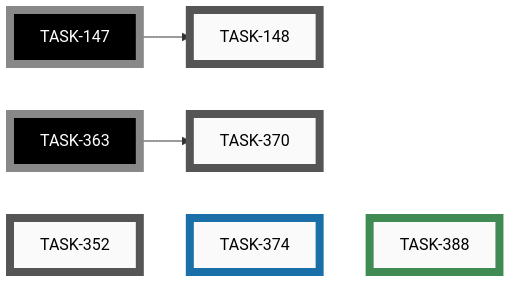
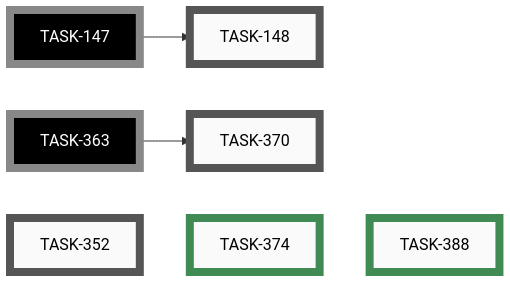
Diagram 11 of 11 in docs/developers/tasks/EPICS.md (tgd1975/AwesomeGuitarPedal), drawn with Mermaid before and after one commit. The commit also changed other lines of this file and 3 other files, not shown here.

First line of the commit message:
close TASK-374: Make release.yml tolerate locally-archived closed tasks

````diff
--- a/docs/developers/tasks/EPICS.md
+++ b/docs/developers/tasks/EPICS.md
@@ -416,26 +416,26 @@
 ```mermaid
 graph LR
     TASK_148["TASK-148"]:::open
     TASK_352["TASK-352"]:::open
     TASK_370["TASK-370"]:::open
-    TASK_374["TASK-374"]:::active
+    TASK_374["TASK-374"]:::closed
     TASK_388["TASK-388"]:::closed
     TASK_147["TASK-147"]:::openExt
     TASK_363["TASK-363"]:::openExt
     TASK_147 --> TASK_148
     TASK_363 --> TASK_370
     TASK_352 ~~~ TASK_374 ~~~ TASK_388
     click TASK_148 "open/task-148-reorganise-developer-documentation.md"
     click TASK_352 "open/task-352-investigate-pre-commit-hook-latency.md"
     click TASK_370 "open/task-370-make-schemdraw-svgs-deterministic.md"
-    click TASK_374 "active/task-374-make-release-yml-tolerate-locally-archived-closed-tasks.md"
+    click TASK_374 "closed/task-374-make-release-yml-tolerate-locally-archived-closed-tasks.md"
     click TASK_388 "closed/task-388-fix-nodemcu-32s-test-pio-env-so-on-device-button-tests-build.md"
     classDef open    fill:#FAFAFA,stroke:#555,stroke-width:8px,color:#000
     classDef active  fill:#FAFAFA,stroke:#1A6FA8,stroke-width:8px,color:#000
     classDef closed  fill:#FAFAFA,stroke:#3F8B53,stroke-width:8px,color:#000
     classDef paused  fill:#FAFAFA,stroke:#B07810,stroke-width:8px,color:#000
     classDef openExt    fill:#000,stroke:#888,stroke-width:8px,color:#FFF
     classDef activeExt  fill:#000,stroke:#3FA9F5,stroke-width:8px,color:#FFF
     classDef closedExt  fill:#000,stroke:#7CC68A,stroke-width:8px,color:#FFF
     classDef pausedExt  fill:#000,stroke:#F0B030,stroke-width:8px,color:#FFF
 ```
````
